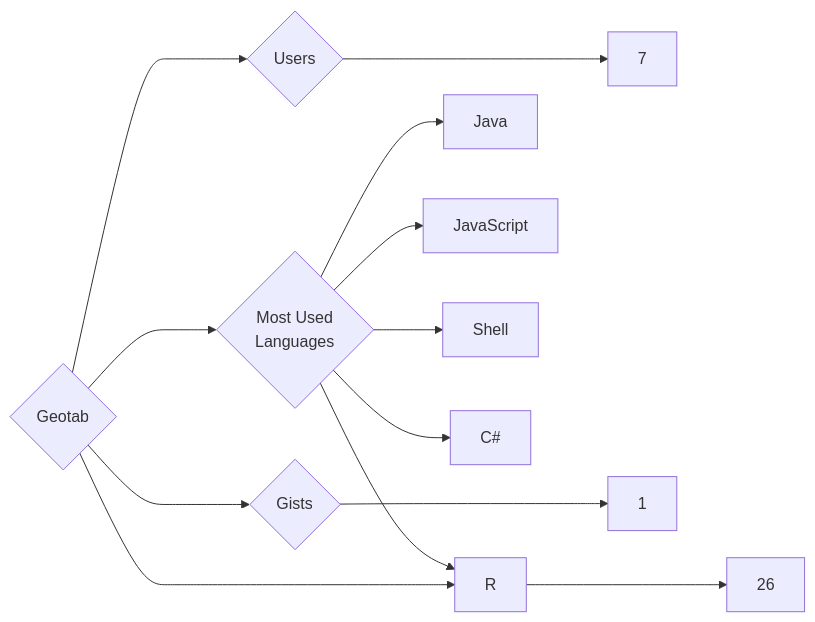
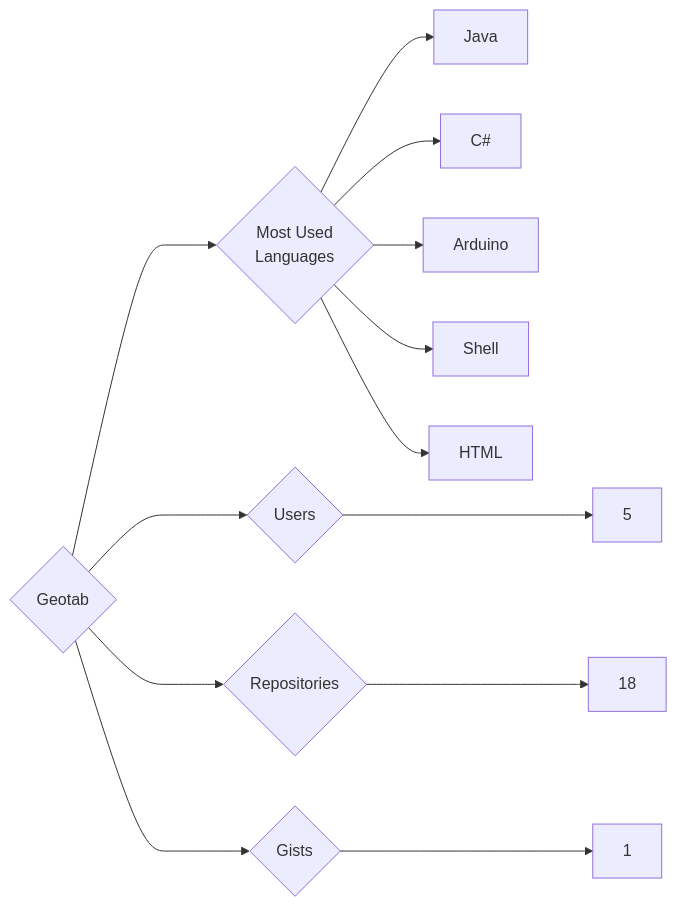
One commit to trickest/insiders changed the diagram in targets/Geotab/README.md. Above: the diagram before and after it, drawn with Mermaid. The commit also changed 1023 other files, not shown here.

````diff
--- a/targets/Geotab/README.md
+++ b/targets/Geotab/README.md
@@ -3,13 +3,13 @@
 ```mermaid
 graph LR
 COMPANY_NAME{Geotab}
-COMPANY_NAME ---> U{Users} ---> UN[7]
-COMPANY_NAME ---> R{Repositories} ---> RN[26]
+COMPANY_NAME ---> U{Users} ---> UN[5]
+COMPANY_NAME ---> R{Repositories} ---> RN[18]
 COMPANY_NAME ---> G{Gists} ---> GN[1]
 COMPANY_NAME ---> ML{Most Used<br>Languages}
 ML --> Java[Java]
-ML --> JavaScript[JavaScript]
+ML --> C#[C#]
+ML --> Arduino[Arduino]
 ML --> Shell[Shell]
-ML --> R[R]
-ML --> C#[C#]
+ML --> HTML[HTML]
 ```
````
